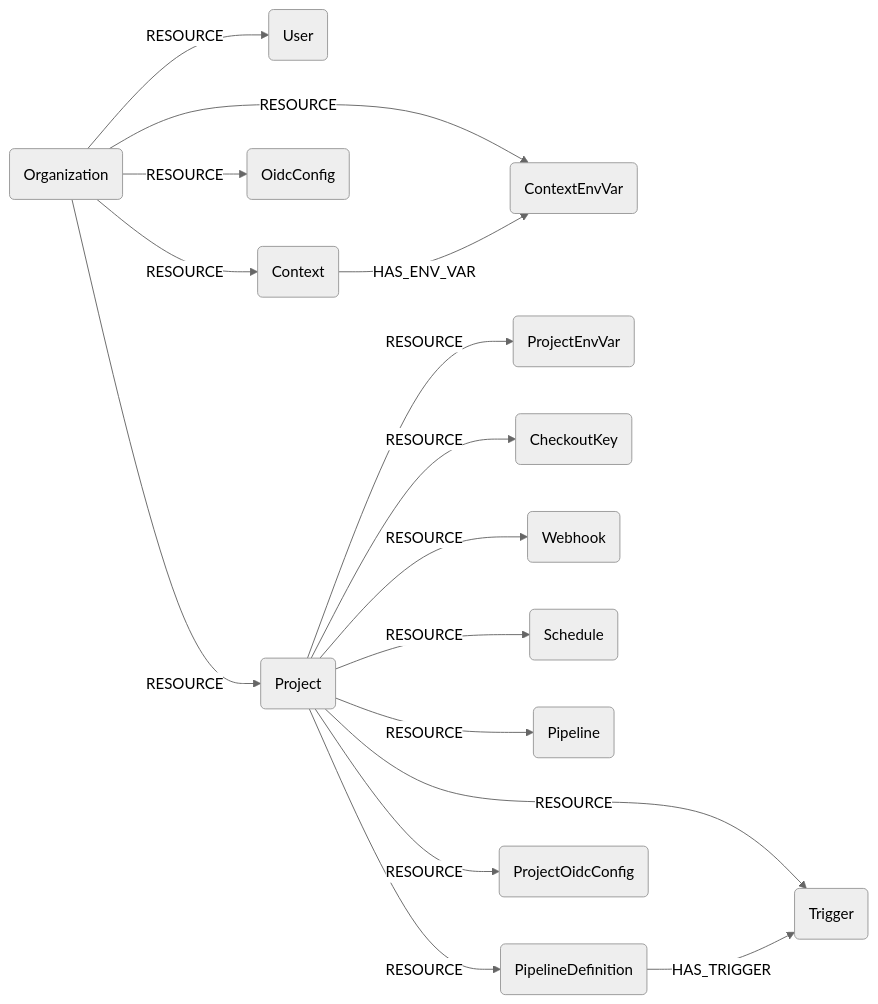
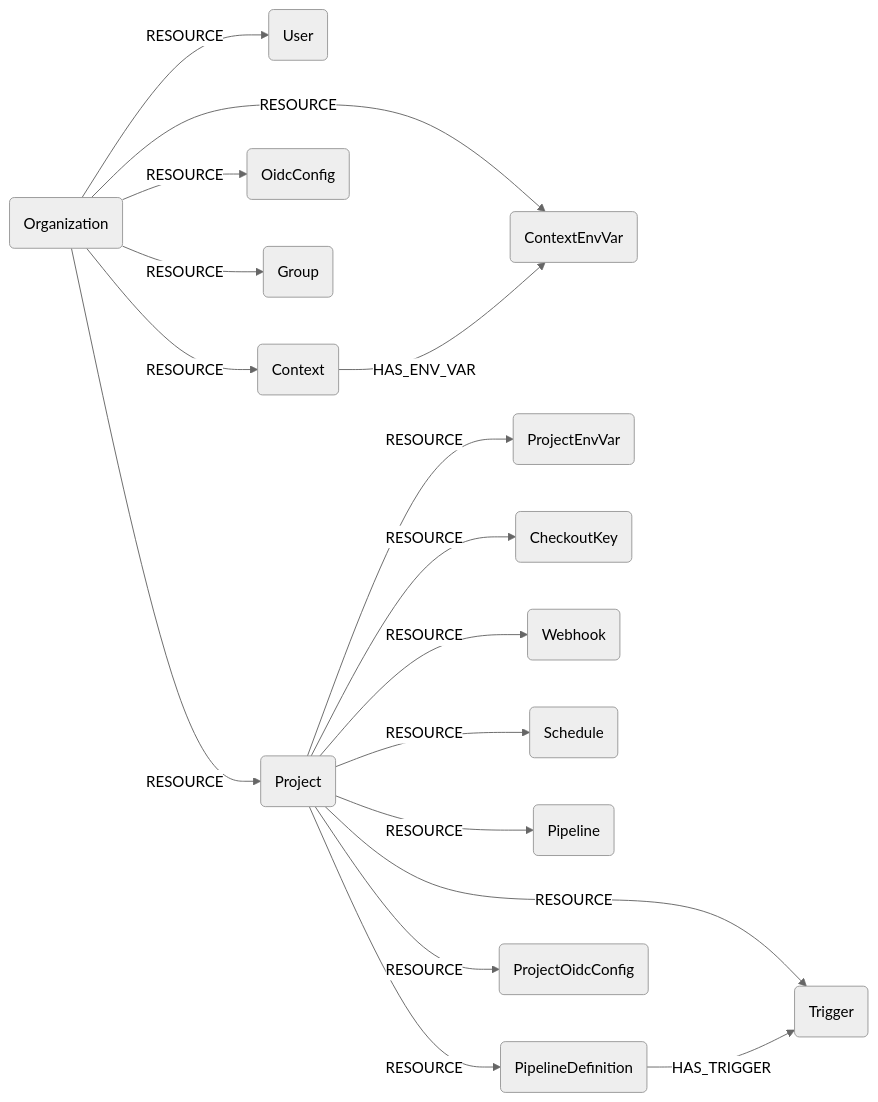
Before and after one commit to cartography-cncf/cartography: the diagram in docs/root/modules/circleci/schema.md, drawn with Mermaid (neutral theme). The commit also changed other lines of this file and 5 other files, not shown here.

````diff
--- a/docs/root/modules/circleci/schema.md
+++ b/docs/root/modules/circleci/schema.md
@@ -3,18 +3,19 @@
 ```mermaid
 graph LR
 O(Organization) -- RESOURCE --> U(User)
 O -- RESOURCE --> C(Context)
 O -- RESOURCE --> CEV(ContextEnvVar)
 C -- HAS_ENV_VAR --> CEV
 O -- RESOURCE --> OIDC(OidcConfig)
+O -- RESOURCE --> G(Group)
 O -- RESOURCE --> P(Project)
 P -- RESOURCE --> PEV(ProjectEnvVar)
 P -- RESOURCE --> CK(CheckoutKey)
 P -- RESOURCE --> W(Webhook)
 P -- RESOURCE --> S(Schedule)
 P -- RESOURCE --> PL(Pipeline)
 P -- RESOURCE --> PD(PipelineDefinition)
 P -- RESOURCE --> TR(Trigger)
 P -- RESOURCE --> POIDC(ProjectOidcConfig)
 PD -- HAS_TRIGGER --> TR
 ```
````
